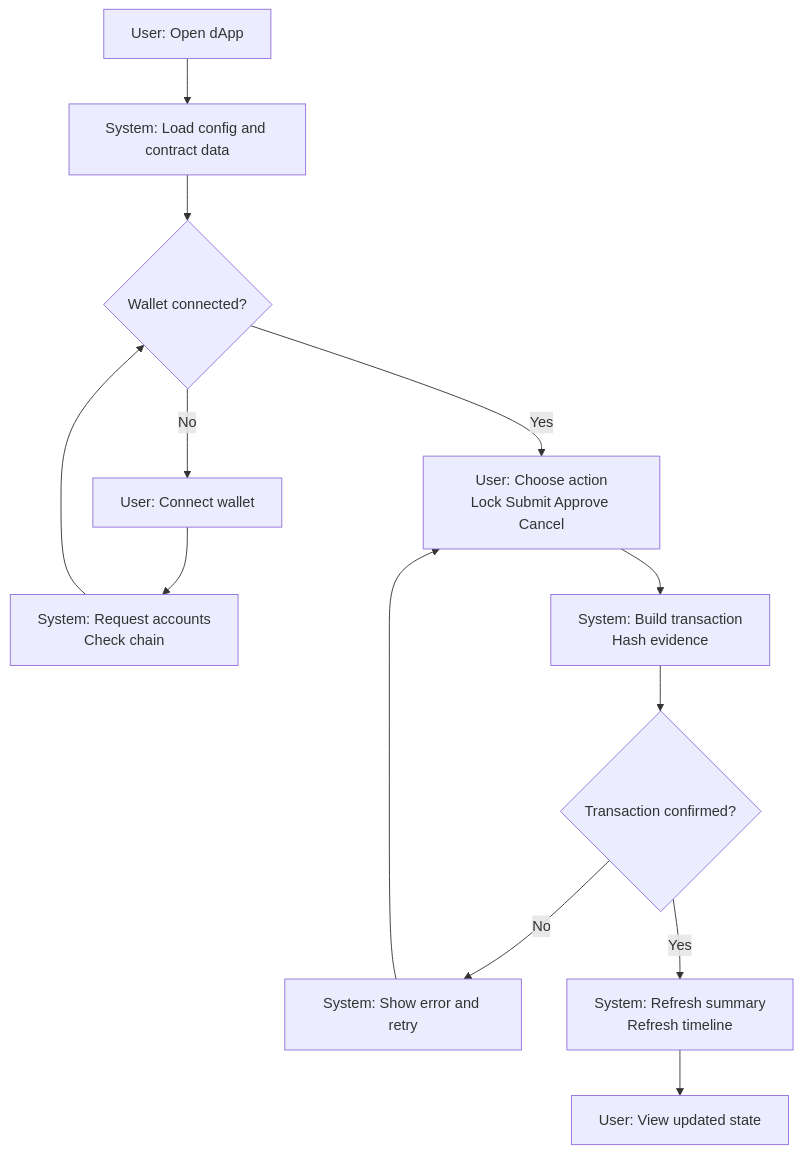
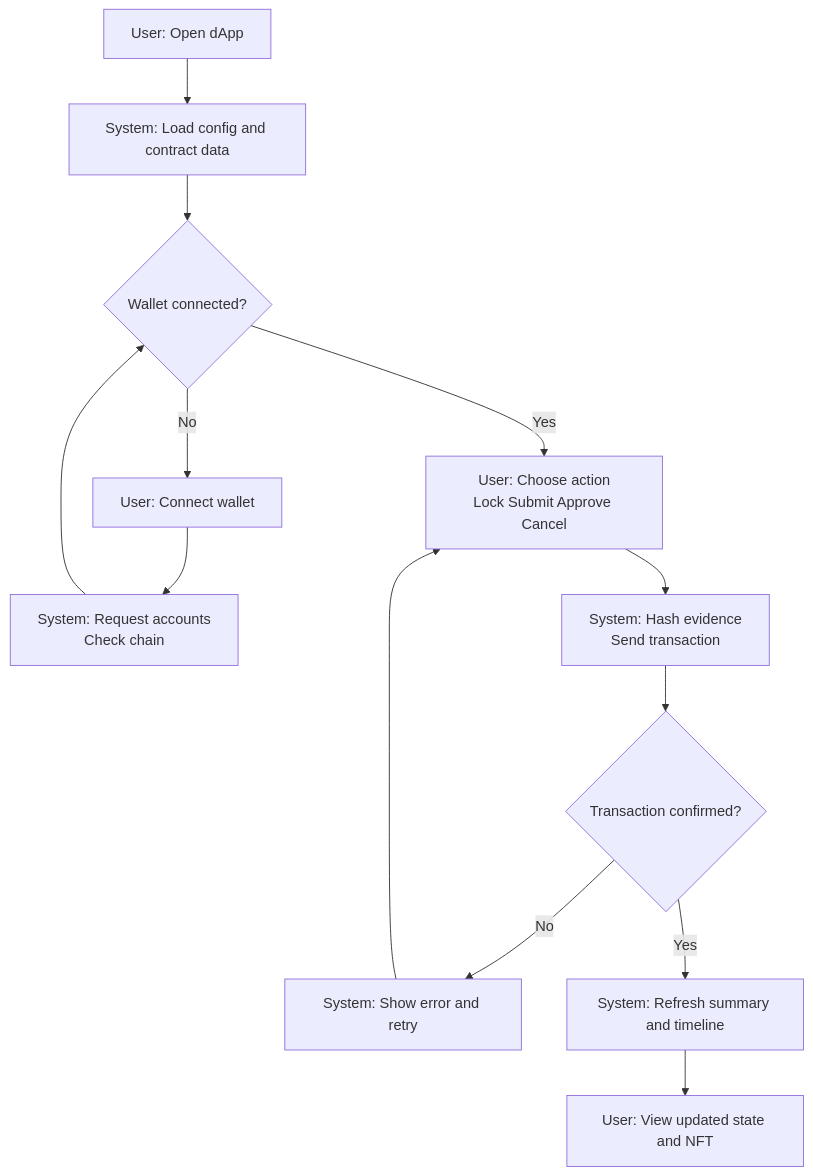
Before and after one commit to usagi917/B2B_payment: the first of 2 diagrams in README.en.md, drawn with Mermaid. The commit also changed other lines of this file and 12 other files, not shown here.

````diff
--- a/README.en.md
+++ b/README.en.md
@@ -82,15 +80,15 @@
 ```mermaid
 graph TD
   A[User: Open dApp] --> B[System: Load config and contract data]
   B --> C{Wallet connected?}
   C -->|No| D[User: Connect wallet]
   D --> E[System: Request accounts<br/>Check chain]
   E --> C
   C -->|Yes| F[User: Choose action<br/>Lock Submit Approve Cancel]
-  F --> G[System: Build transaction<br/>Hash evidence]
+  F --> G[System: Hash evidence<br/>Send transaction]
   G --> H{Transaction confirmed?}
   H -->|No| I[System: Show error and retry]
   I --> F
-  H -->|Yes| J[System: Refresh summary<br/>Refresh timeline]
-  J --> K[User: View updated state]
+  H -->|Yes| J[System: Refresh summary and timeline]
+  J --> K[User: View updated state and NFT]
 ```
````
